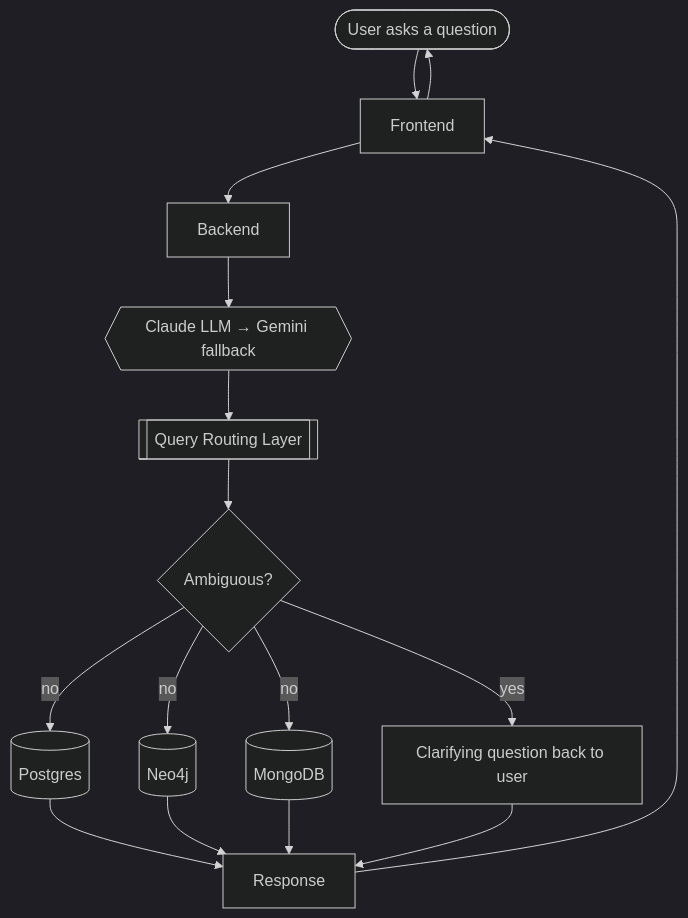
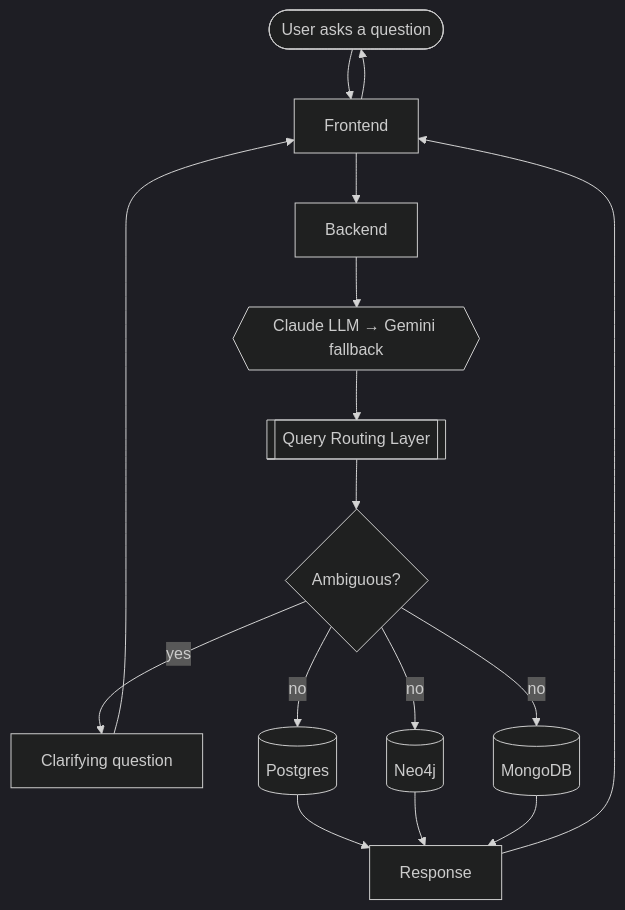
Before and after one commit to vishal-kumar4/Multibase: the first of 2 diagrams in ARCHITECTURE.md, drawn with Mermaid (dark theme). The commit also changed other lines of this file, not shown here.

````diff
--- a/ARCHITECTURE.md
+++ b/ARCHITECTURE.md
@@ -11,18 +11,18 @@
 ```mermaid
 flowchart TD
     A([User asks a question]) --> B[Frontend]
     B --> C[Backend]
     C --> D{{"Claude LLM → Gemini fallback"}}
     D --> E[["Query Routing Layer"]]
     E --> F{Ambiguous?}
-    F -->|yes| G[Clarifying question back to user]
+    F -->|yes| G[Clarifying question]
+    G --> B
+    B --> A
     F -->|no| H1[(Postgres)]
     F -->|no| H2[(Neo4j)]
     F -->|no| H3[(MongoDB)]
     H1 --> I[Response]
     H2 --> I
     H3 --> I
-    G --> I
     I --> B
-    B --> A
 ```
````
